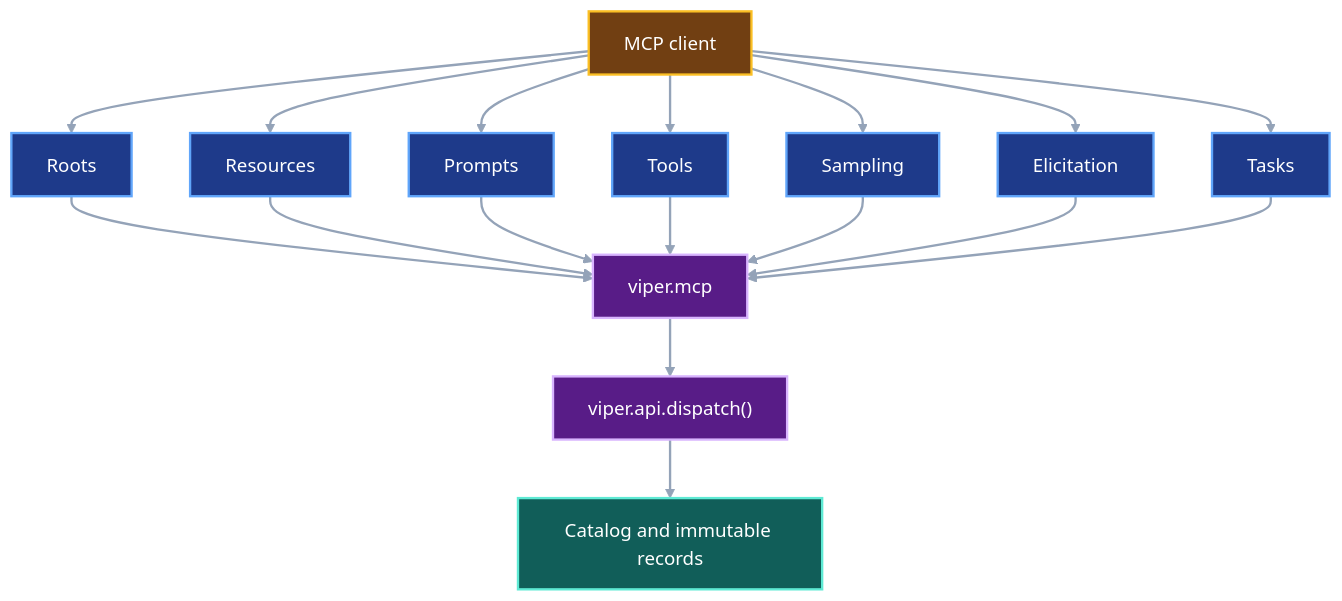
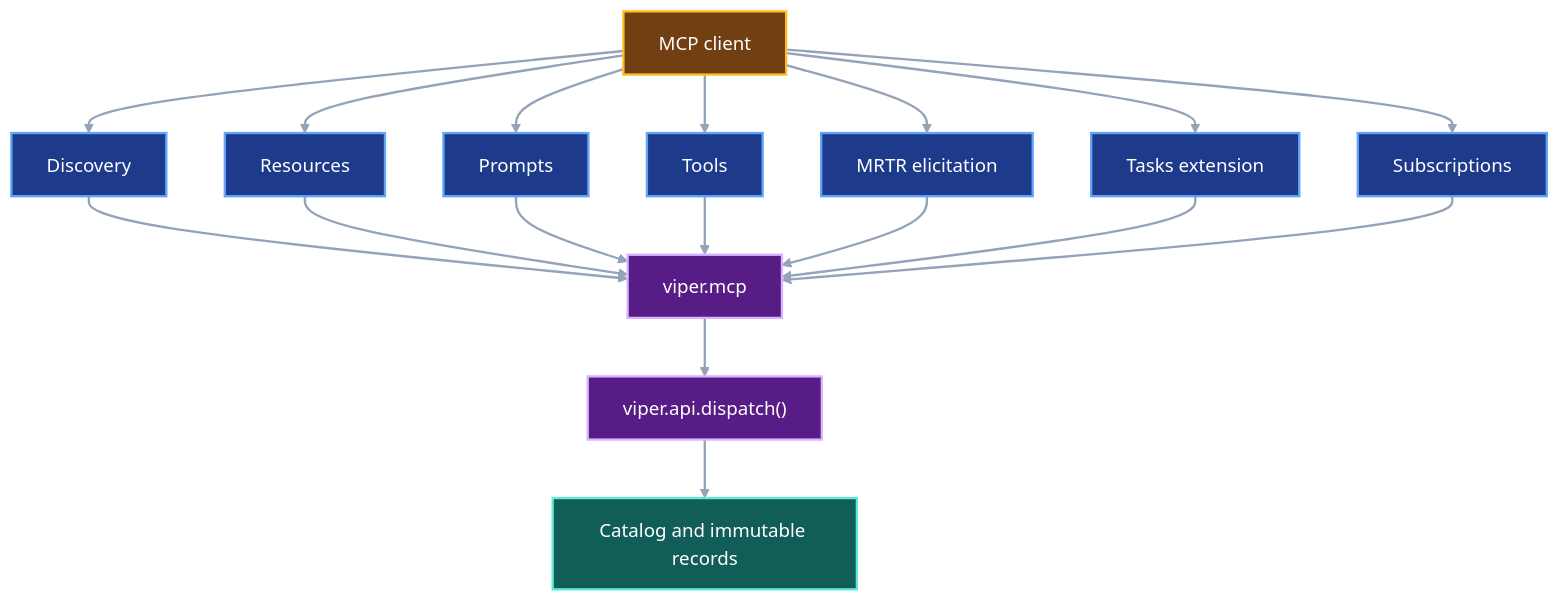
One commit to pvd232/viper changed the diagram in docs/development/provenance-catalog-mcp.md. Above: the diagram before and after it, drawn with Mermaid. The commit also changed other lines of this file and 6 other files, not shown here.

````diff
--- a/docs/development/provenance-catalog-mcp.md
+++ b/docs/development/provenance-catalog-mcp.md
@@ -325,29 +325,29 @@
 ```mermaid
 flowchart TB
-    Client["MCP client"] --> Roots["Roots"]
+    Client["MCP client"] --> Discover["Discovery"]
     Client --> Resources["Resources"]
     Client --> Prompts["Prompts"]
     Client --> Tools["Tools"]
-    Client --> Sampling["Sampling"]
-    Client --> Elicitation["Elicitation"]
-    Client --> Tasks["Tasks"]
-    Roots --> Server["viper.mcp"]
+    Client --> Elicitation["MRTR elicitation"]
+    Client --> Tasks["Tasks extension"]
+    Client --> Subscriptions["Subscriptions"]
+    Discover --> Server["viper.mcp"]
     Resources --> Server
     Prompts --> Server
     Tools --> Server
-    Sampling --> Server
     Elicitation --> Server
     Tasks --> Server
+    Subscriptions --> Server
     Server --> Dispatch["viper.api.dispatch()"]
     Dispatch --> Evidence["Catalog and immutable records"]
 
     class Client input
-    class Roots,Resources,Prompts,Tools,Sampling,Elicitation,Tasks protocol
+    class Discover,Resources,Prompts,Tools,Elicitation,Tasks,Subscriptions protocol
     class Server,Dispatch implementation
     class Evidence evidence
     classDef input fill:#713f12,stroke:#fbbf24,color:#ffffff,stroke-width:2px
     classDef protocol fill:#1e3a8a,stroke:#60a5fa,color:#ffffff,stroke-width:2px
     classDef implementation fill:#581c87,stroke:#d8b4fe,color:#ffffff,stroke-width:2px
     classDef evidence fill:#115e59,stroke:#5eead4,color:#ffffff,stroke-width:2px
     linkStyle default stroke:#94a3b8,stroke-width:2px
 ```
````
